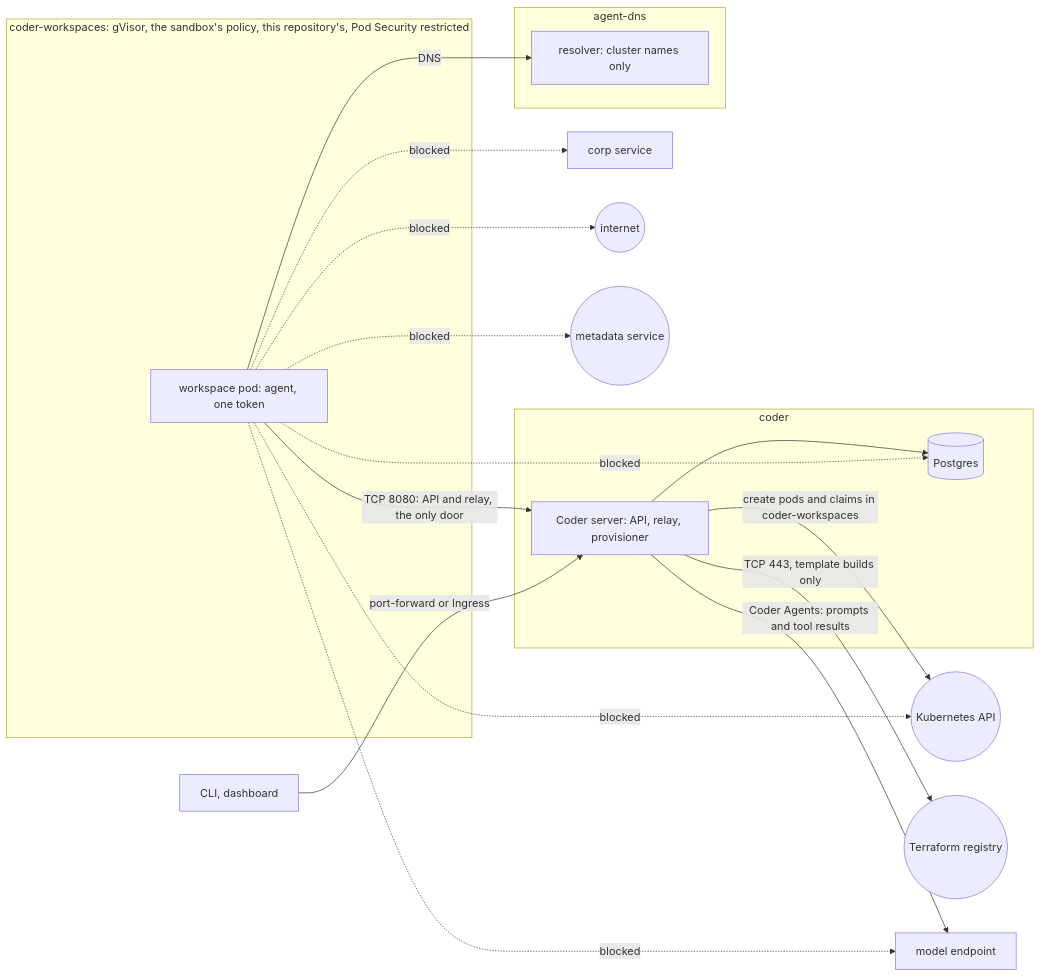
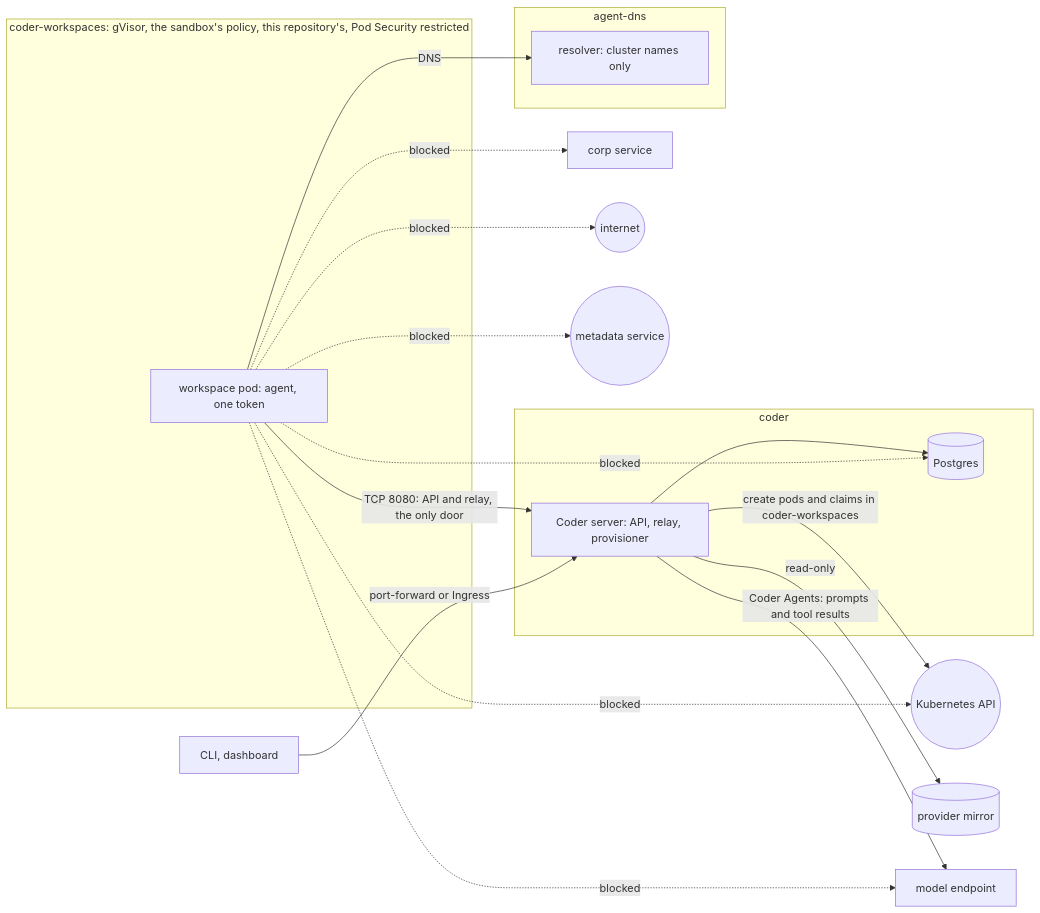
The diagram in README.md (heyvaldemar/kubernetes-coder-agent-workspaces), drawn with Mermaid before and after one commit. The commit also changed other lines of this file and 19 other files, not shown here.

First line of the commit message:
feat(egress): Terraform's providers from a mirror; the Coder server has no way out

````diff
--- a/README.md
+++ b/README.md
@@ -104,26 +105,26 @@
 ```mermaid
 flowchart LR
   subgraph ws[coder-workspaces: gVisor, the sandbox's policy, this repository's, Pod Security restricted]
     pod[workspace pod: agent, one token]
   end
   subgraph coder[coder]
     server[Coder server: API, relay, provisioner]
     pg[(Postgres)]
   end
   subgraph dns[agent-dns]
     resolver[resolver: cluster names only]
   end
   pod -->|TCP 8080: API and relay, the only door| server
   pod -->|DNS| resolver
   server --> pg
   server -->|create pods and claims in coder-workspaces| api((Kubernetes API))
-  server -->|TCP 443, template builds only| registry((Terraform registry))
+  server -->|read-only| mirror[(provider mirror)]
   server -->|Coder Agents: prompts and tool results| model[model endpoint]
   pod -.->|blocked| model
   pod -.->|blocked| api
   pod -.->|blocked| pg
   pod -.->|blocked| corp[corp service]
   pod -.->|blocked| internet((internet))
   pod -.->|blocked| imds((metadata service))
   cli[CLI, dashboard] -->|port-forward or Ingress| server
 ```
````
